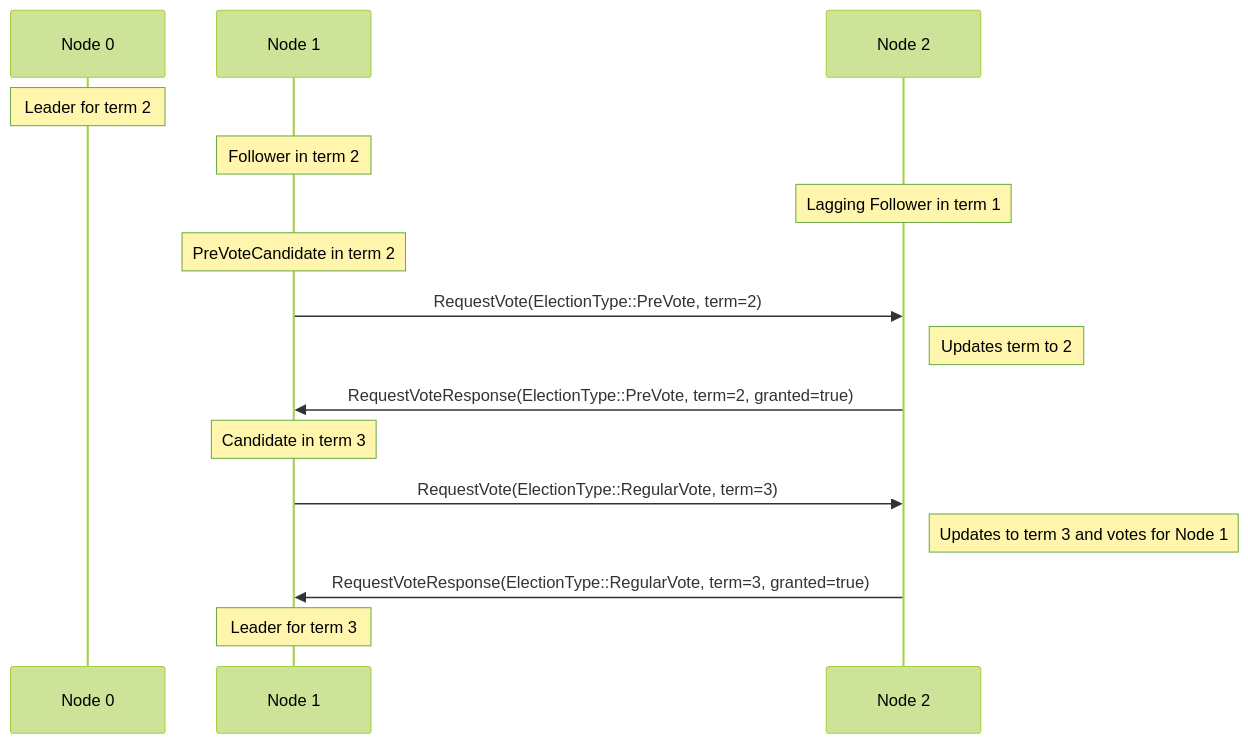
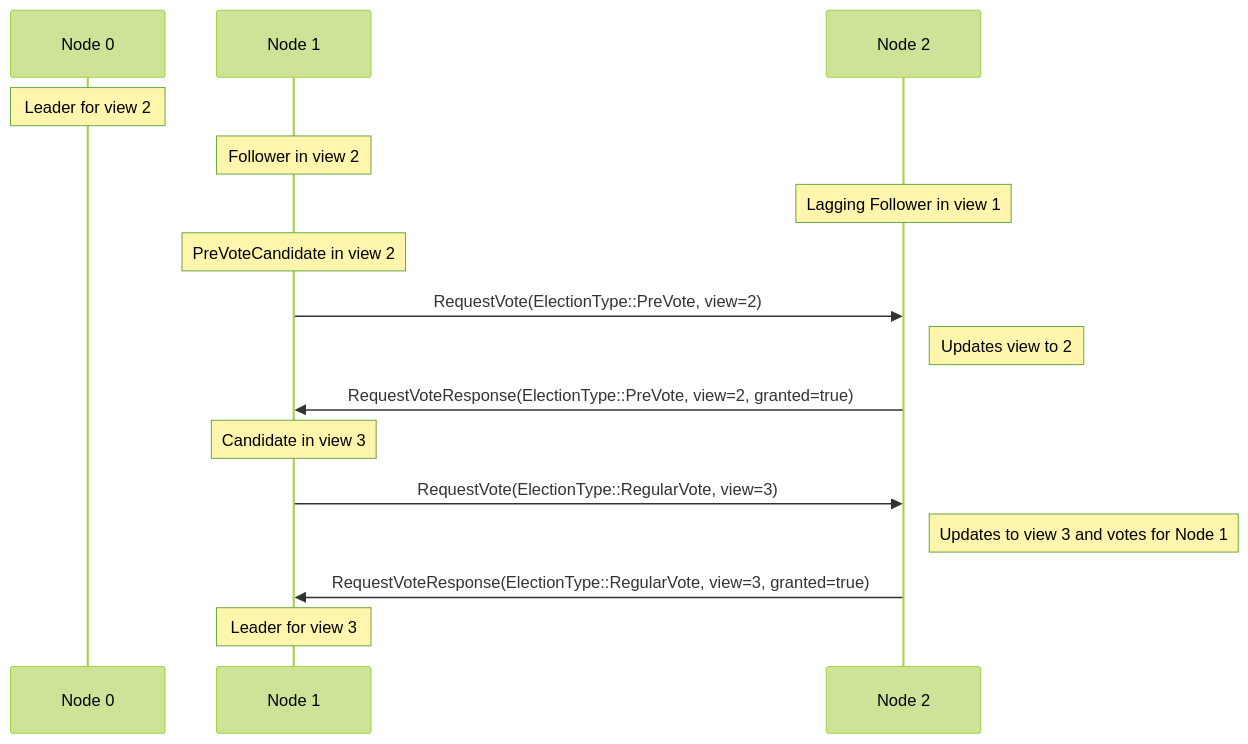
The seventh of 7 diagrams in doc/architecture/consensus/index.rst (cjen1-msft/CCF), drawn with Mermaid (forest theme) before and after one commit. The commit also changed other lines of this file and 3 other files, not shown here.

Commit message:
Rename user-visible consensus term wording to view (#7993)

```diff
--- a/doc/architecture/consensus/index.rst
+++ b/doc/architecture/consensus/index.rst
@@ -249,24 +249,24 @@
 .. mermaid::
 
     sequenceDiagram
         participant Node 0
         participant Node 1
         participant Node 2
 
-        Note over Node 0: Leader for term 2
-        Note over Node 1: Follower in term 2
-        Note over Node 2: Lagging Follower in term 1
+        Note over Node 0: Leader for view 2
+        Note over Node 1: Follower in view 2
+        Note over Node 2: Lagging Follower in view 1
 
-        Note over Node 1: PreVoteCandidate in term 2
-        Node 1 ->> Node 2: RequestVote(ElectionType::PreVote, term=2)
+        Note over Node 1: PreVoteCandidate in view 2
+        Node 1 ->> Node 2: RequestVote(ElectionType::PreVote, view=2)
 
-        Note right of Node 2: Updates term to 2
-        Node 2 ->> Node 1: RequestVoteResponse(ElectionType::PreVote, term=2, granted=true)
+        Note right of Node 2: Updates view to 2
+        Node 2 ->> Node 1: RequestVoteResponse(ElectionType::PreVote, view=2, granted=true)
 
-        Note over Node 1: Candidate in term 3
-        Node 1 ->> Node 2: RequestVote(ElectionType::RegularVote, term=3) 
+        Note over Node 1: Candidate in view 3
+        Node 1 ->> Node 2: RequestVote(ElectionType::RegularVote, view=3)
 
-        Note right of Node 2: Updates to term 3 and votes for Node 1
-        Node 2 ->> Node 1: RequestVoteResponse(ElectionType::RegularVote, term=3, granted=true)
+        Note right of Node 2: Updates to view 3 and votes for Node 1
+        Node 2 ->> Node 1: RequestVoteResponse(ElectionType::RegularVote, view=3, granted=true)
 
-        Note over Node 1: Leader for term 3
+        Note over Node 1: Leader for view 3
```
